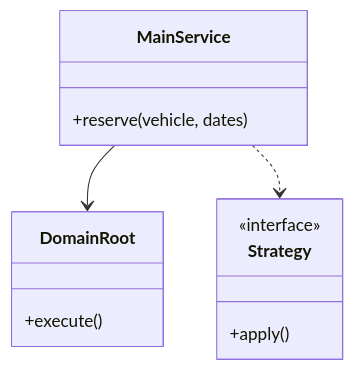
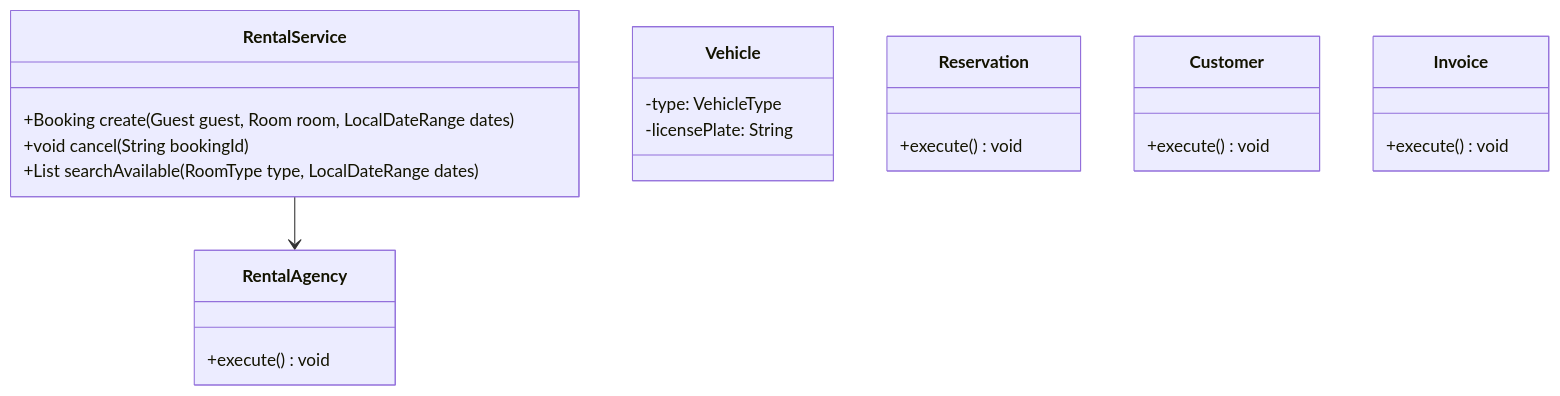
One commit to madhupaila/Interview-Prep-SSE changed the first of 3 diagrams in Learn/System Design - Low Level Design/02-classic-ood/questions/Q20-car-rental.md. Above: the diagram before and after it, drawn with Mermaid. The commit also changed other lines of this file and 491 other files, not shown here.

````diff
--- a/Learn/System Design - Low Level Design/02-classic-ood/questions/Q20-car-rental.md
+++ b/Learn/System Design - Low Level Design/02-classic-ood/questions/Q20-car-rental.md
@@ -75,15 +89,25 @@
 ```mermaid
 classDiagram
-    class MainService {
-        +reserve(vehicle, dates)
+    class RentalService {
+        +Booking create(Guest guest, Room room, LocalDateRange dates)
+        +void cancel(String bookingId)
+        +List<Room> searchAvailable(RoomType type, LocalDateRange dates)
     }
-    class DomainRoot {
-        +execute()
+    class RentalAgency {
+        +execute() void
     }
-    class Strategy {
-        <<interface>>
-        +apply()
+    class Vehicle {
+        -type: VehicleType
+        -licensePlate: String
     }
-    MainService --> DomainRoot
-    MainService ..> Strategy
+    class Reservation {
+        +execute() void
+    }
+    class Customer {
+        +execute() void
+    }
+    class Invoice {
+        +execute() void
+    }
+    RentalService --> RentalAgency
 ```
````
